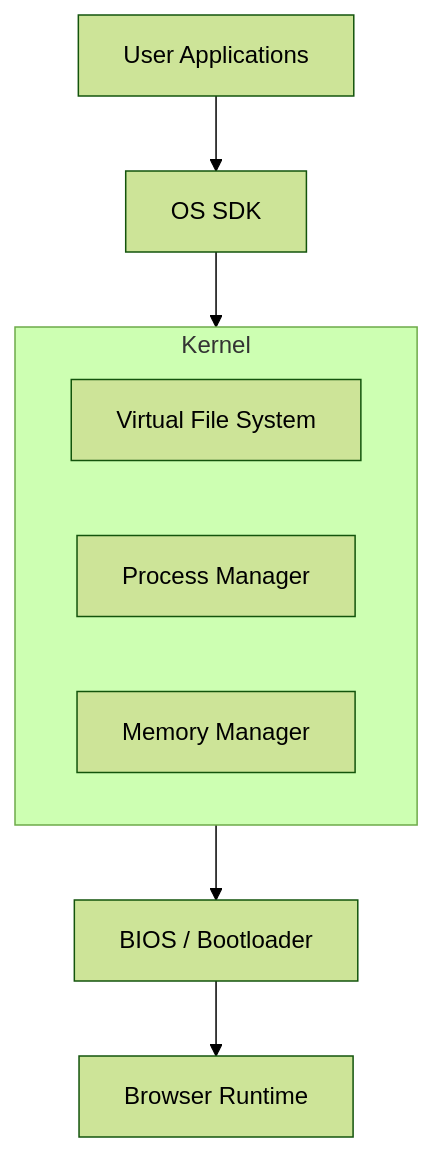
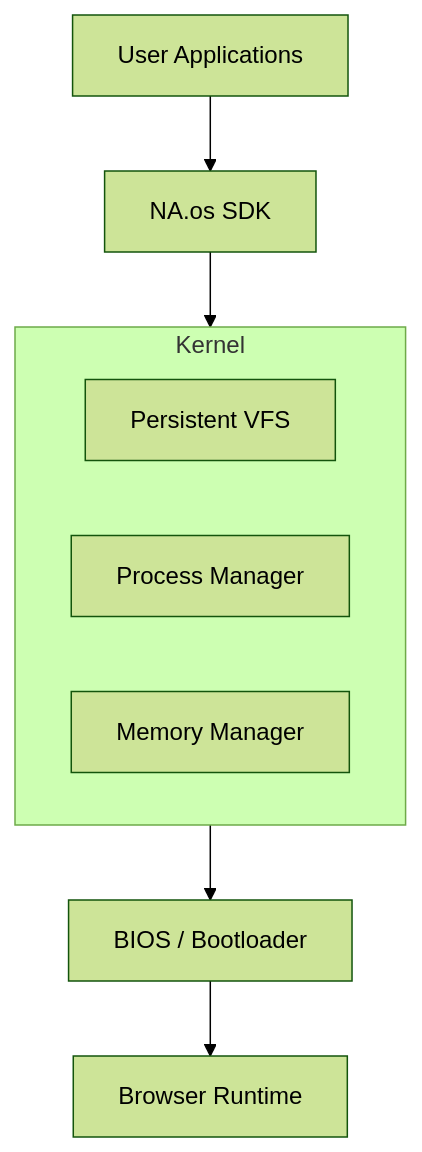
Before and after one commit to 4yangXYAO/4x-Web-os: the diagram in README.md, drawn with Mermaid (forest theme). The commit also changed other lines of this file, not shown here.

````diff
--- a/README.md
+++ b/README.md
@@ -42,12 +34,12 @@
 ```mermaid
 graph TD
-    UserLand[User Applications] --> SDK[OS SDK]
+    UserLand[User Applications] --> SDK[NA.os SDK]
     SDK --> Kernel[Kernel Core]
     subgraph Kernel
-        FS[Virtual File System]
+        FS[Persistent VFS]
         Proc[Process Manager]
         Mem[Memory Manager]
     end
     Kernel --> BIOS[BIOS / Bootloader]
     BIOS --> Browser[Browser Runtime]
 ```
````
